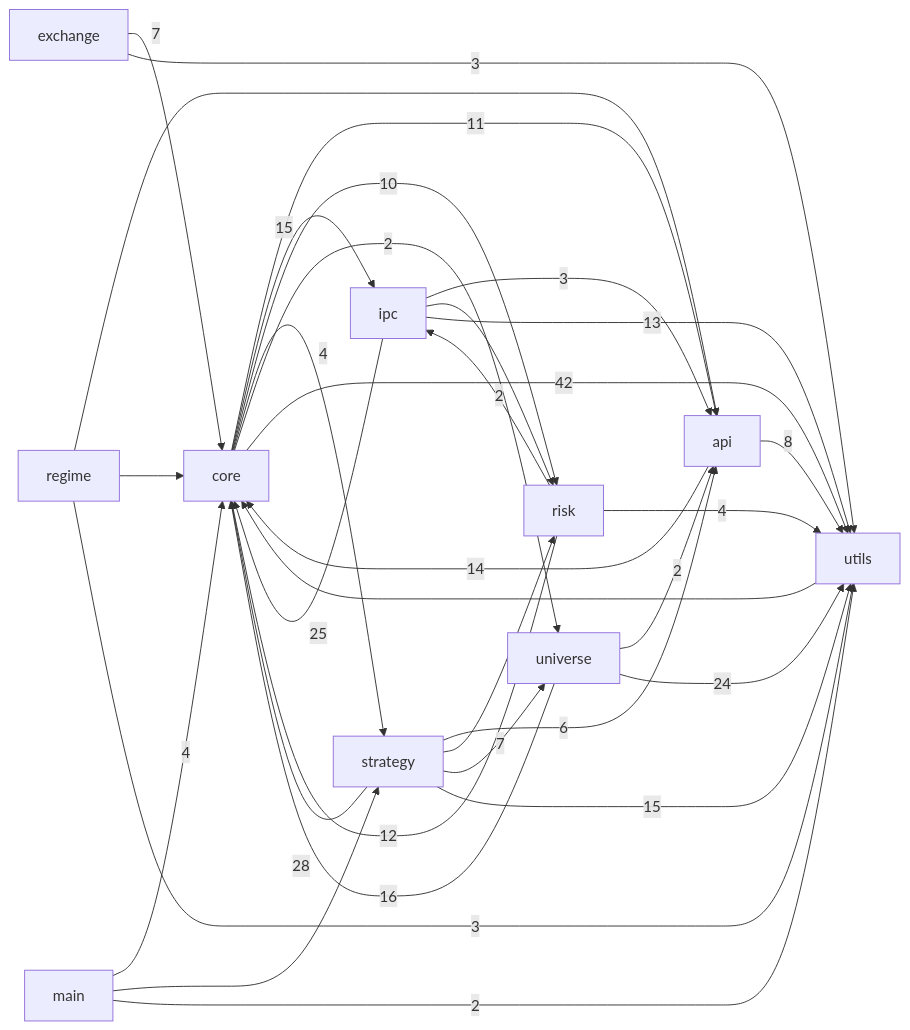
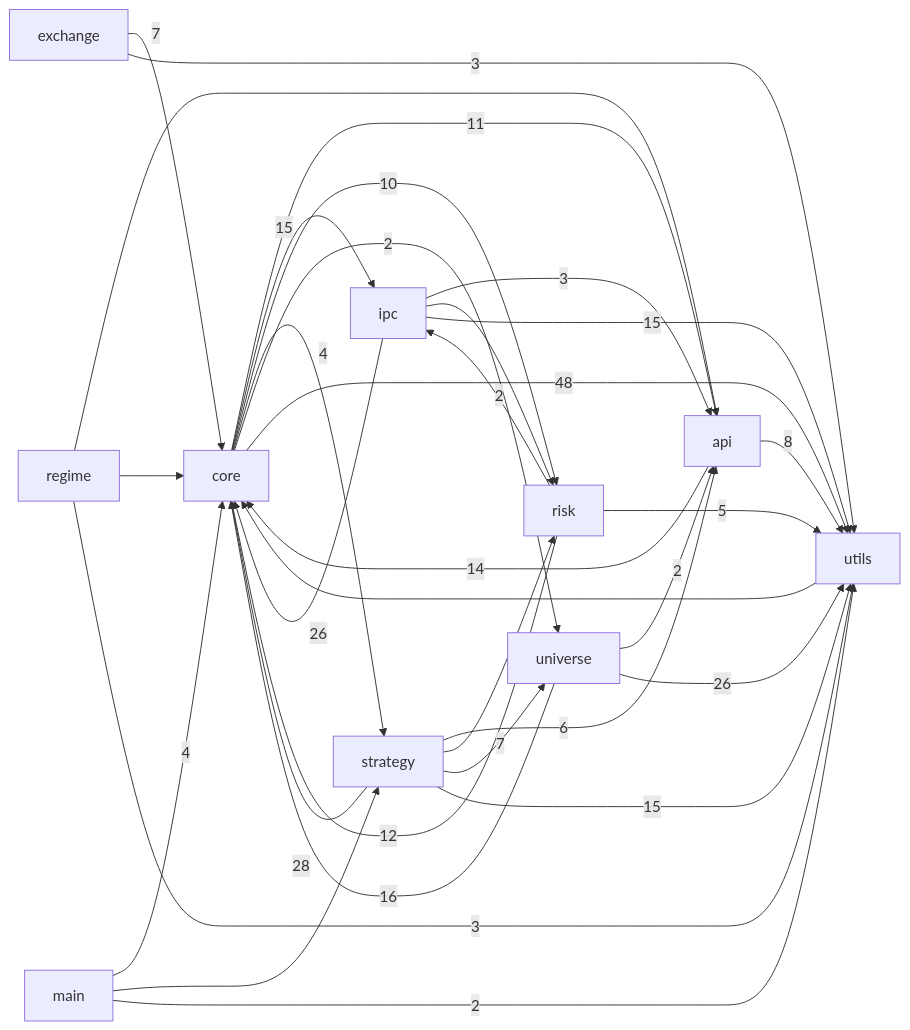
The first of 3 diagrams in docs/CODE_GRAPH.md (pypy8171/Quant), drawn with Mermaid before and after one commit. The commit also changed other lines of this file and 69 other files, not shown here.

````diff
--- a/docs/CODE_GRAPH.md
+++ b/docs/CODE_GRAPH.md
@@ -10,45 +10,45 @@
 ```mermaid
 graph LR
   main[main]
   core[core]
   strategy[strategy]
   api[api]
   universe[universe]
   risk[risk]
   ipc[ipc]
   utils[utils]
   exchange[exchange]
   regime[regime]
   api -->|14| core
   api -->|8| utils
   core -->|11| api
   core -->|15| ipc
   core -->|10| risk
   core -->|4| strategy
   core -->|2| universe
-  core -->|42| utils
+  core -->|48| utils
   exchange -->|7| core
   exchange -->|3| utils
   ipc -->|3| api
-  ipc -->|25| core
+  ipc -->|26| core
   ipc --> risk
-  ipc -->|13| utils
+  ipc -->|15| utils
   main -->|4| core
   main --> strategy
   main -->|2| utils
   regime --> api
   regime --> core
   regime -->|3| utils
   risk -->|12| core
   risk -->|2| ipc
-  risk -->|4| utils
+  risk -->|5| utils
   strategy -->|6| api
   strategy -->|28| core
   strategy --> risk
   strategy -->|7| universe
   strategy -->|15| utils
   universe -->|2| api
   universe -->|16| core
-  universe -->|24| utils
+  universe -->|26| utils
   utils --> core
 ```
````
